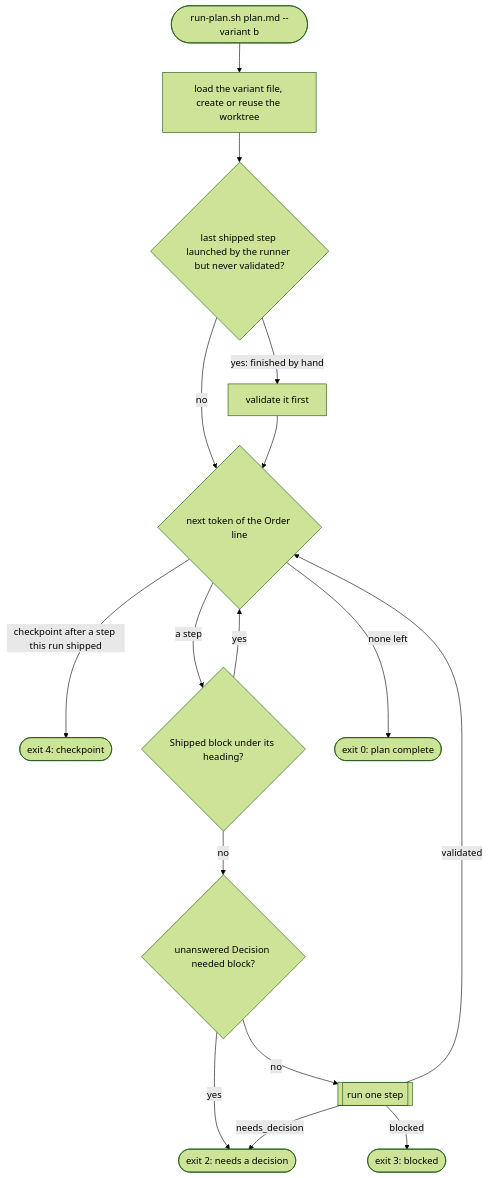
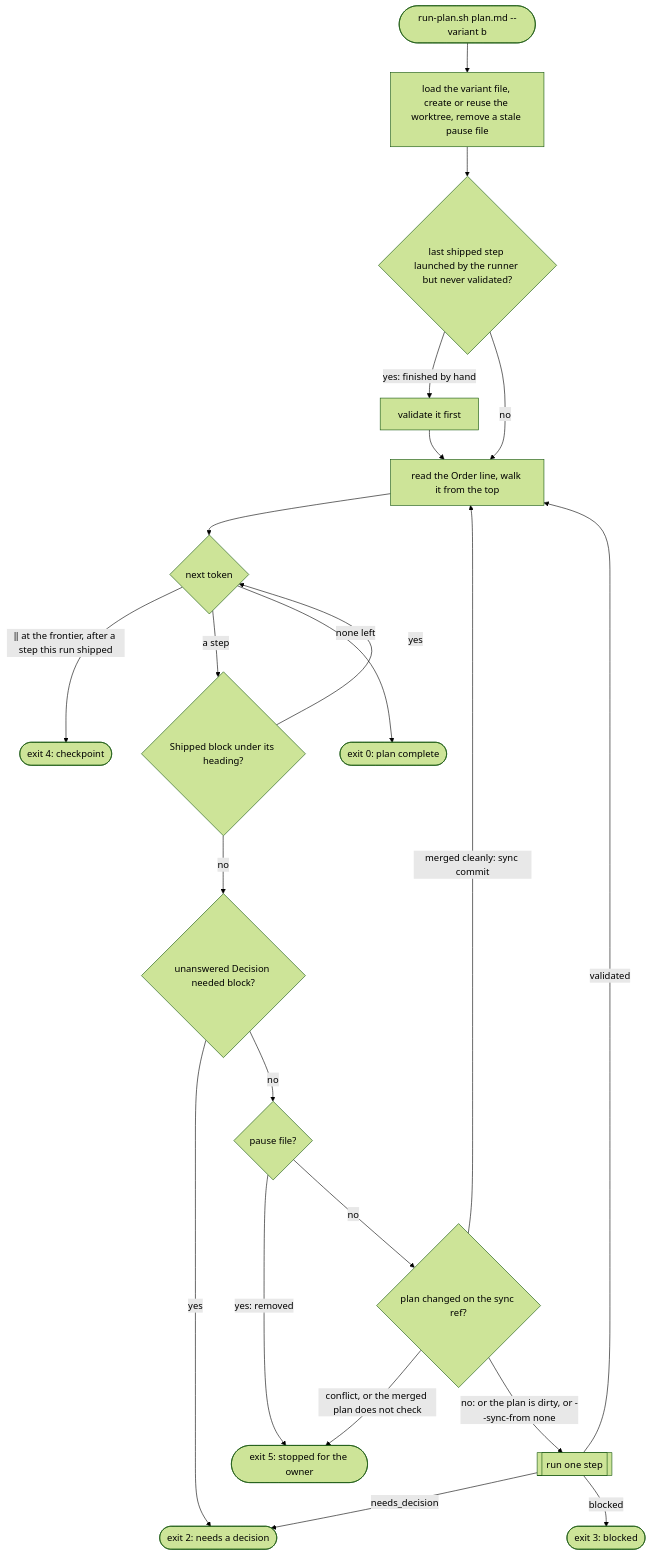
One commit to gomorra/fire-stream-chat changed the first of 2 diagrams in scripts/plan-runner/README.md. Above: the diagram before and after it, drawn with Mermaid (forest theme). The commit also changed other lines of this file and 9 other files, not shown here.

First line of the commit message:
feat(plan-runner): pause file and plan sync at the step boundary

````diff
--- a/scripts/plan-runner/README.md
+++ b/scripts/plan-runner/README.md
@@ -17,18 +19,24 @@
 ```mermaid
 flowchart TD
-  start(["run-plan.sh plan.md --variant b"]) --> setup["load the variant file, create or reuse the worktree"]
+  start(["run-plan.sh plan.md --variant b"]) --> setup["load the variant file, create or reuse the worktree, remove a stale pause file"]
   setup --> byhand{"last shipped step launched by the runner but never validated?"}
   byhand -- "yes: finished by hand" --> v0["validate it first"]
-  byhand -- "no" --> tok
-  v0 --> tok{"next token of the Order line"}
-  tok -- "checkpoint after a step this run shipped" --> e4(["exit 4: checkpoint"])
+  byhand -- "no" --> top
+  v0 --> top["read the Order line, walk it from the top"]
+  top --> tok{"next token"}
+  tok -- "‖ at the frontier, after a step this run shipped" --> e4(["exit 4: checkpoint"])
   tok -- "a step" --> shipped{"Shipped block under its heading?"}
   shipped -- "yes" --> tok
   shipped -- "no" --> pend{"unanswered Decision needed block?"}
   pend -- "yes" --> e2(["exit 2: needs a decision"])
-  pend -- "no" --> run[["run one step"]]
-  run -- "validated" --> tok
+  pend -- "no" --> pause{"pause file?"}
+  pause -- "yes: removed" --> e5(["exit 5: stopped for the owner"])
+  pause -- "no" --> sync{"plan changed on the sync ref?"}
+  sync -- "merged cleanly: sync commit" --> top
+  sync -- "conflict, or the merged plan does not check" --> e5
+  sync -- "no: or the plan is dirty, or --sync-from none" --> run[["run one step"]]
+  run -- "validated" --> top
   run -- "needs_decision" --> e2
   run -- "blocked" --> e3(["exit 3: blocked"])
   tok -- "none left" --> e0(["exit 0: plan complete"])
 ```
````
